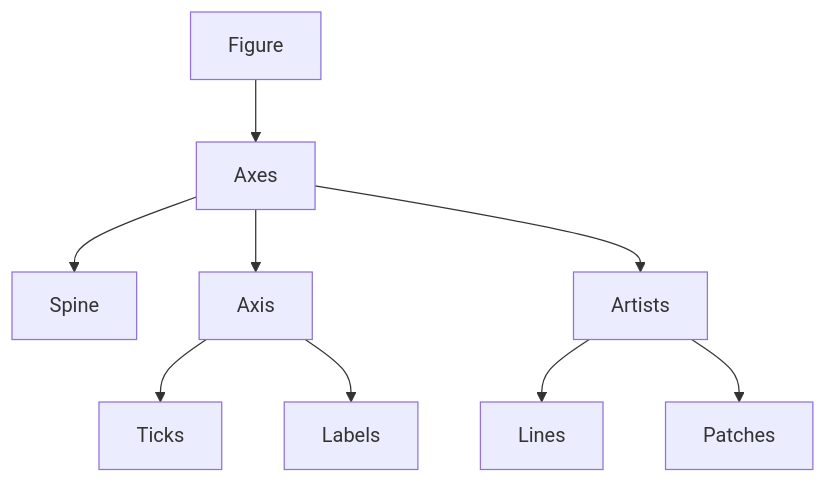
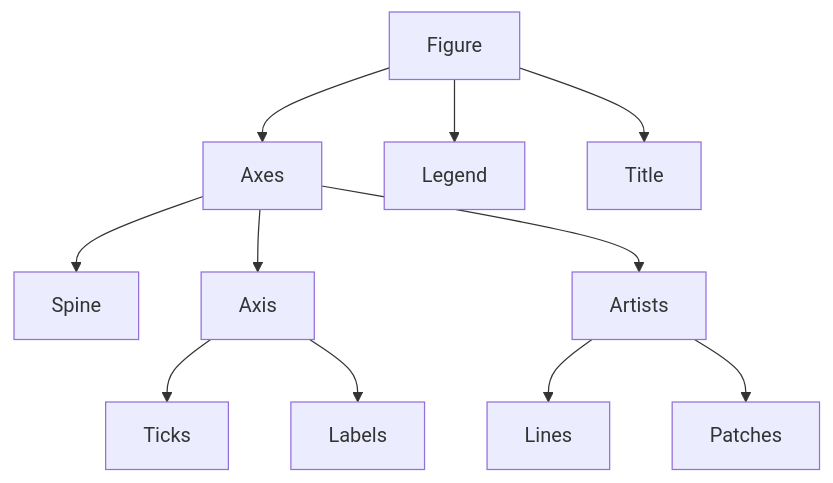
The second of 5 diagrams in 02_MSc_DataDriven_Modeling/core_courses/MSDM_5002/README.md (yip-lgtm/PhysicsSelfStudy), drawn with Mermaid before and after one commit. The commit also changed other lines of this file and 17 other files, not shown here.

````diff
--- a/02_MSc_DataDriven_Modeling/core_courses/MSDM_5002/README.md
+++ b/02_MSc_DataDriven_Modeling/core_courses/MSDM_5002/README.md
@@ -351,11 +591,13 @@
 ```mermaid
 graph TD
     A[Figure] --> B[Axes]
     B --> C[Spine]
     B --> D[Axis]
     D --> E[Ticks]
     D --> F[Labels]
     B --> G[Artists]
     G --> H[Lines]
     G --> I[Patches]
+    A --> J[Legend]
+    A --> K[Title]
 ```
````
